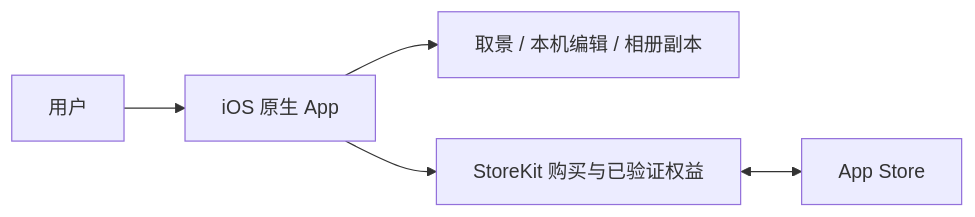
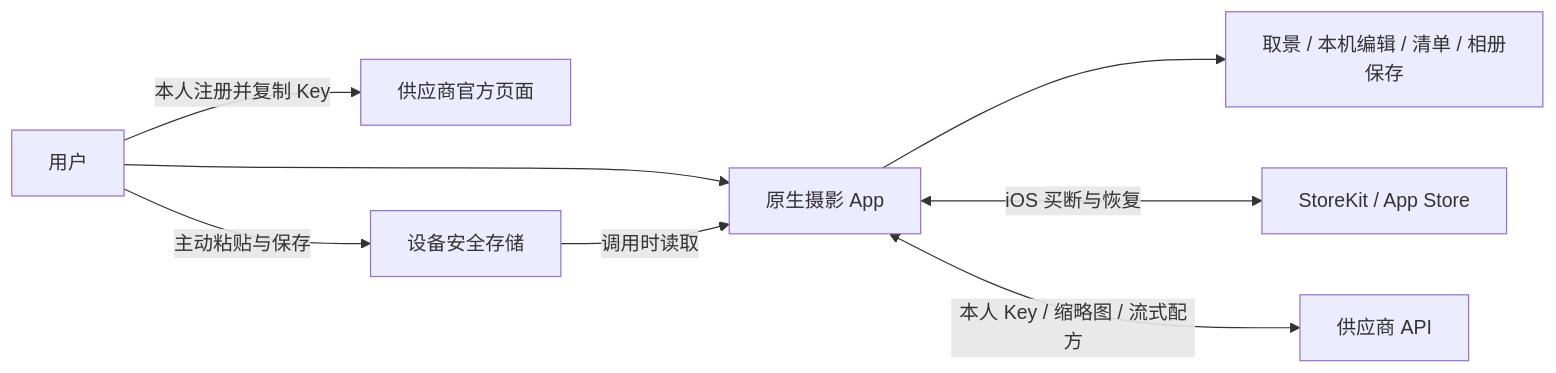
One commit to MinJung-Go/CompositionHelper changed the fourth of 4 diagrams in docs/ARCHITECTURE.md. Above: the diagram before and after it, drawn with Mermaid. The commit also changed other lines of this file and 5 other files, not shown here.

````diff
--- a/docs/ARCHITECTURE.md
+++ b/docs/ARCHITECTURE.md
@@ -122,7 +116,10 @@
 ```mermaid
 flowchart LR
-    User[用户] --> App[iOS 原生 App]
-    App --> Local[取景 / 本机编辑 / 相册副本]
-    App --> StoreKit[StoreKit 购买与已验证权益]
-    StoreKit <--> Store[App Store]
+    User[用户] --> App[原生摄影 App]
+    App --> Local[取景 / 本机编辑 / 清单 / 相册保存]
+    App <-->|iOS 买断与恢复| Store[StoreKit / App Store]
+    User -->|本人注册并复制 Key| Official[供应商官方页面]
+    User -->|主动粘贴与保存| Vault[设备安全存储]
+    Vault -->|调用时读取| App
+    App <-->|本人 Key / 缩略图 / 流式配方| AI[供应商 API]
 ```
````
